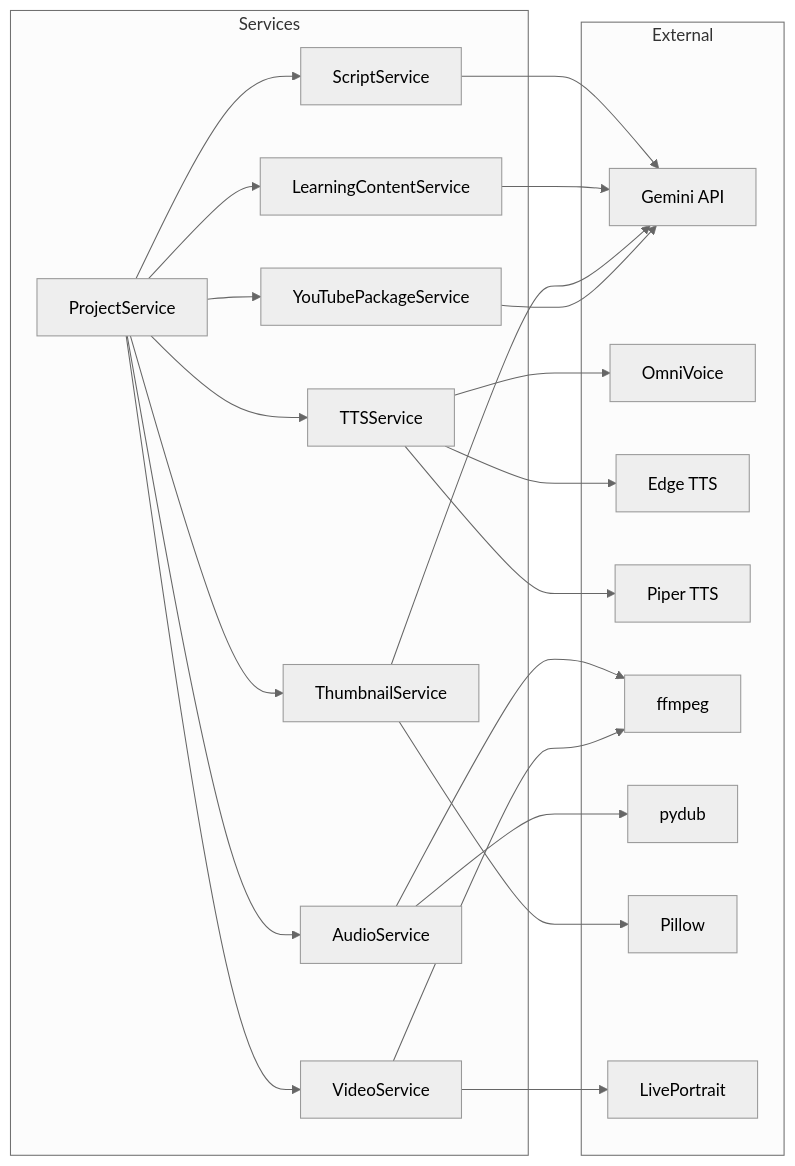
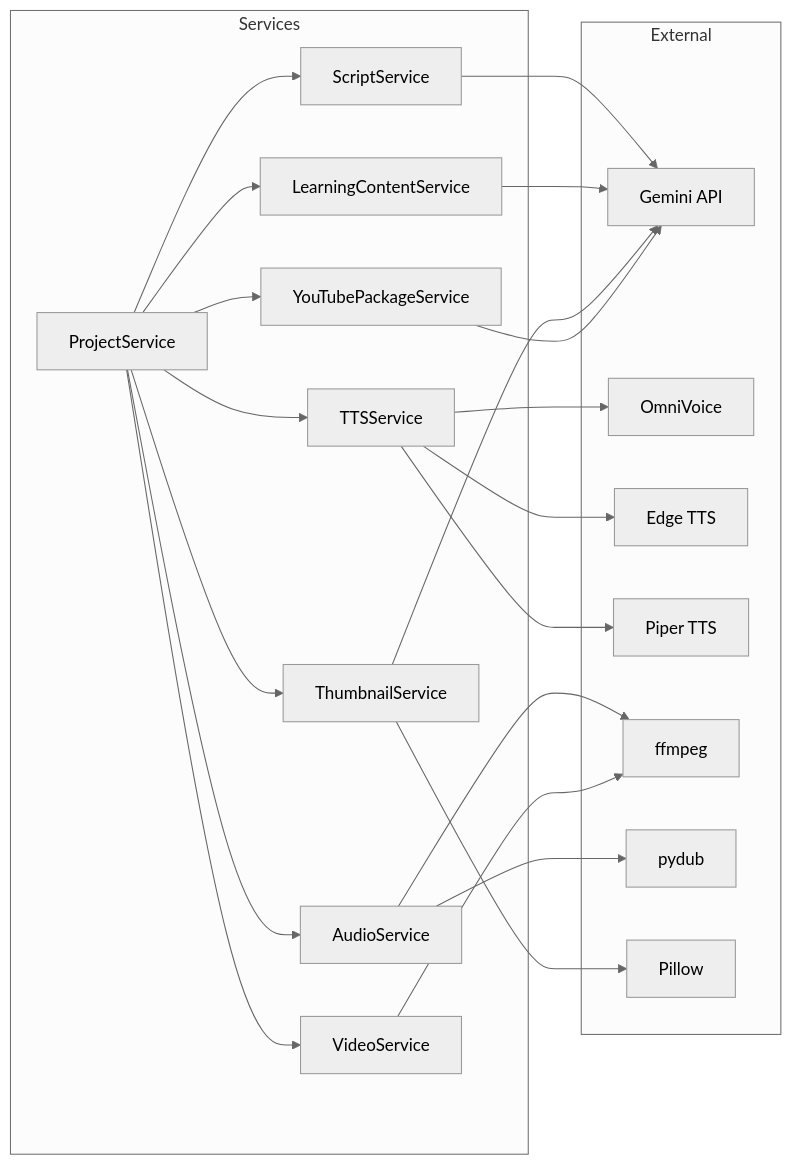
The third of 3 diagrams in .viepilot/ARCHITECTURE.md (danghoangsqtt-sys/dailyintelenglish), drawn with Mermaid (neutral theme) before and after one commit. The commit also changed other lines of this file and 25 other files, not shown here.

````diff
--- a/.viepilot/ARCHITECTURE.md
+++ b/.viepilot/ARCHITECTURE.md
@@ -162,33 +170,32 @@
 ```mermaid
 graph LR
     subgraph Services
         SS[ScriptService]
         LCS[LearningContentService]
         TS[TTSService]
         AS[AudioService]
         VS[VideoService]
         THS[ThumbnailService]
         YTS[YouTubePackageService]
         PS[ProjectService]
     end
 
     subgraph External
         GEM[Gemini API]
         OV[OmniVoice]
         ET[Edge TTS]
         PT[Piper TTS]
         FF[ffmpeg]
         PD[pydub]
         PI[Pillow]
-        LP[LivePortrait]
     end
 
     SS --> GEM
     LCS --> GEM
     TS --> OV & ET & PT
     AS --> FF & PD
-    VS --> FF & LP
+    VS --> FF
     THS --> GEM & PI
     YTS --> GEM
     PS --> SS & LCS & TS & AS & VS & THS & YTS
 ```
````
